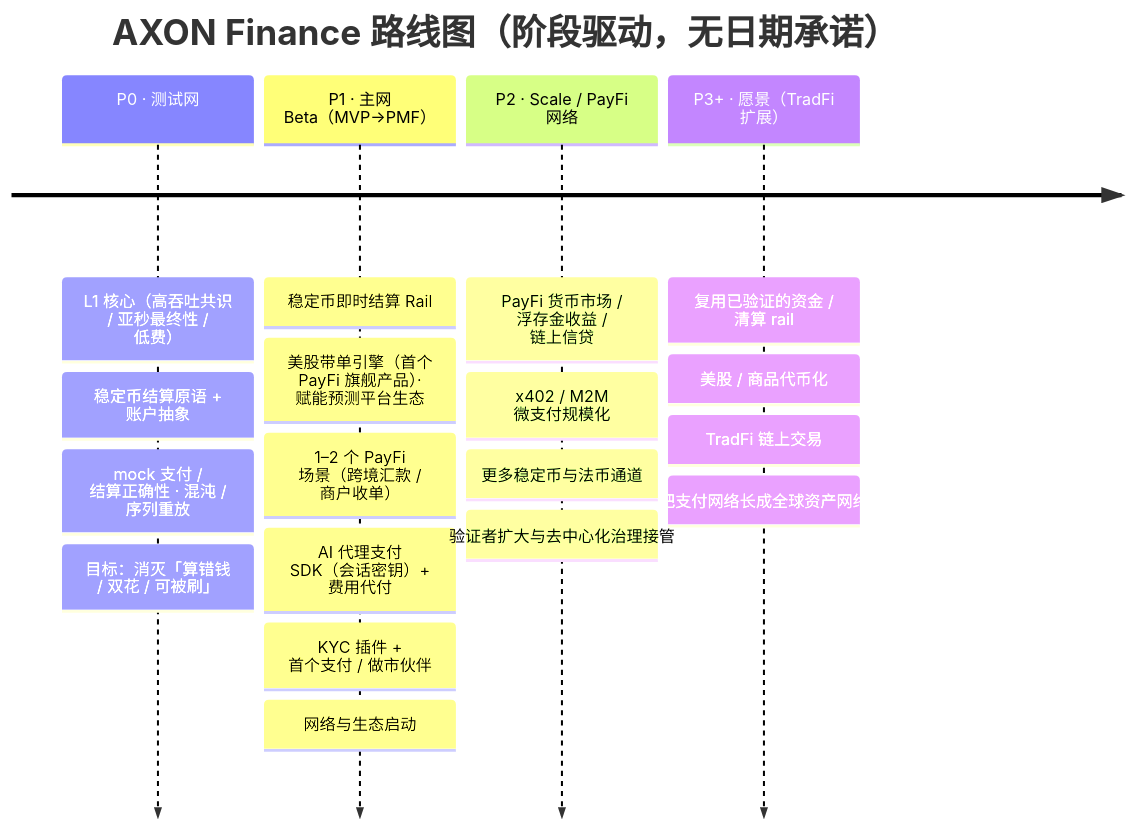
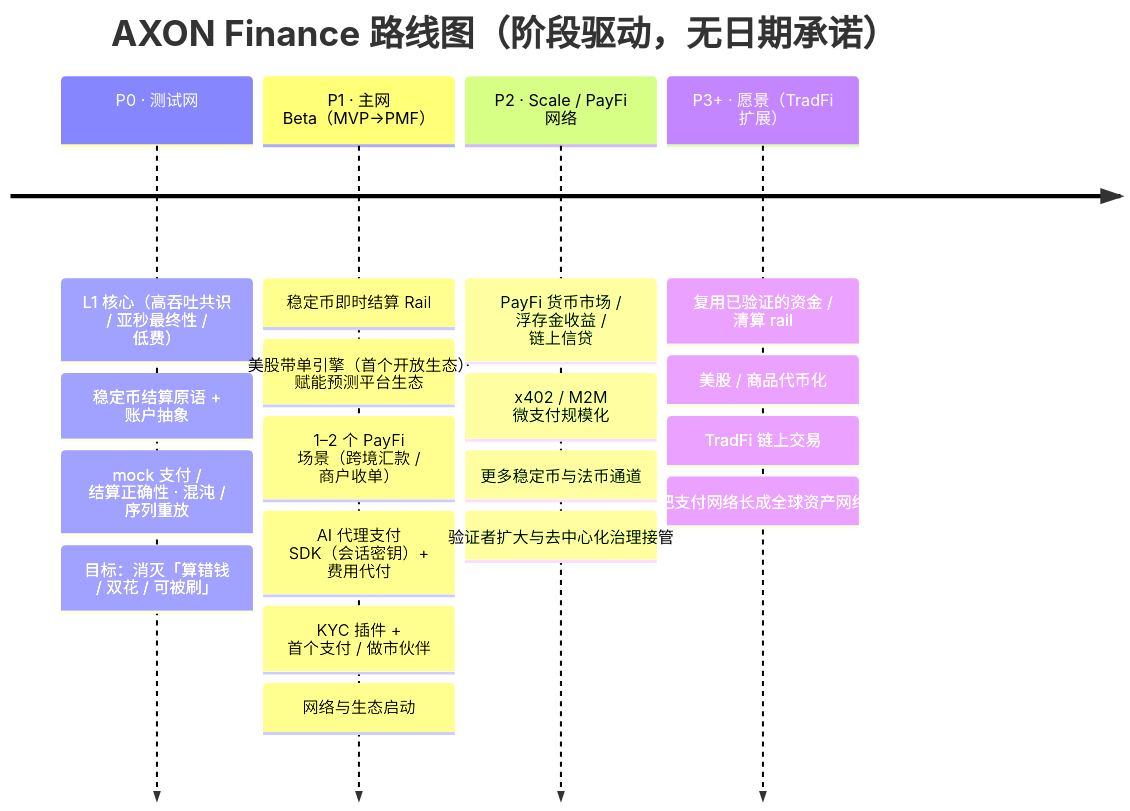
The diagram in part6-roadmap/6-1-roadmap.md (AIVIVEHQ/axon-whitepaper), drawn with Mermaid before and after one commit. The commit also changed other lines of this file and 21 other files, not shown here.

````diff
--- a/part6-roadmap/6-1-roadmap.md
+++ b/part6-roadmap/6-1-roadmap.md
@@ -12,8 +12,8 @@
 ```mermaid
 timeline
     title AXON Finance 路线图（阶段驱动，无日期承诺）
     P0 · 测试网 : L1 核心（高吞吐共识 / 亚秒最终性 / 低费） : 稳定币结算原语 + 账户抽象 : mock 支付 / 结算正确性 · 混沌 / 序列重放 : 目标：消灭「算错钱 / 双花 / 可被刷」
-    P1 · 主网 Beta（MVP→PMF） : 稳定币即时结算 Rail : 美股带单引擎（首个 PayFi 旗舰产品）· 赋能预测平台生态 : 1–2 个 PayFi 场景（跨境汇款 / 商户收单） : AI 代理支付 SDK（会话密钥）+ 费用代付 : KYC 插件 + 首个支付 / 做市伙伴 : 网络与生态启动
+    P1 · 主网 Beta（MVP→PMF） : 稳定币即时结算 Rail : 美股带单引擎（首个开放生态）· 赋能预测平台生态 : 1–2 个 PayFi 场景（跨境汇款 / 商户收单） : AI 代理支付 SDK（会话密钥）+ 费用代付 : KYC 插件 + 首个支付 / 做市伙伴 : 网络与生态启动
     P2 · Scale / PayFi 网络 : PayFi 货币市场 / 浮存金收益 / 链上信贷 : x402 / M2M 微支付规模化 : 更多稳定币与法币通道 : 验证者扩大与去中心化治理接管
     P3+ · 愿景（TradFi 扩展） : 复用已验证的资金 / 清算 rail : 美股 / 商品代币化 : TradFi 链上交易 : 把支付网络长成全球资产网络
 ```
````
